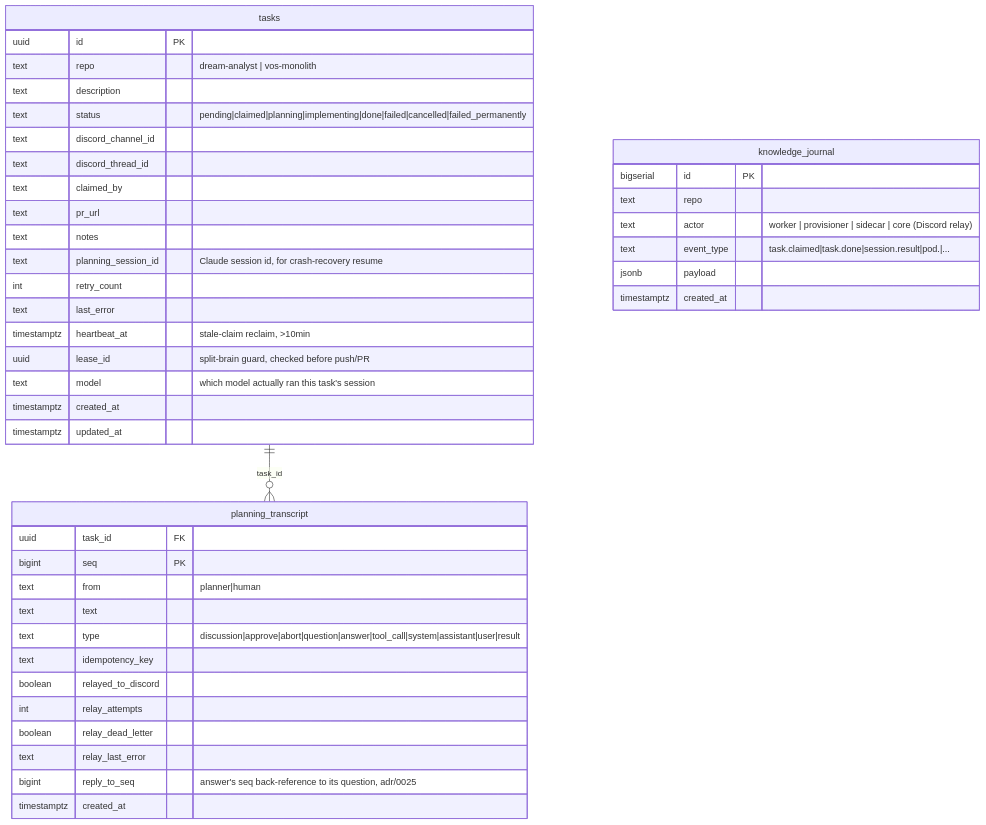
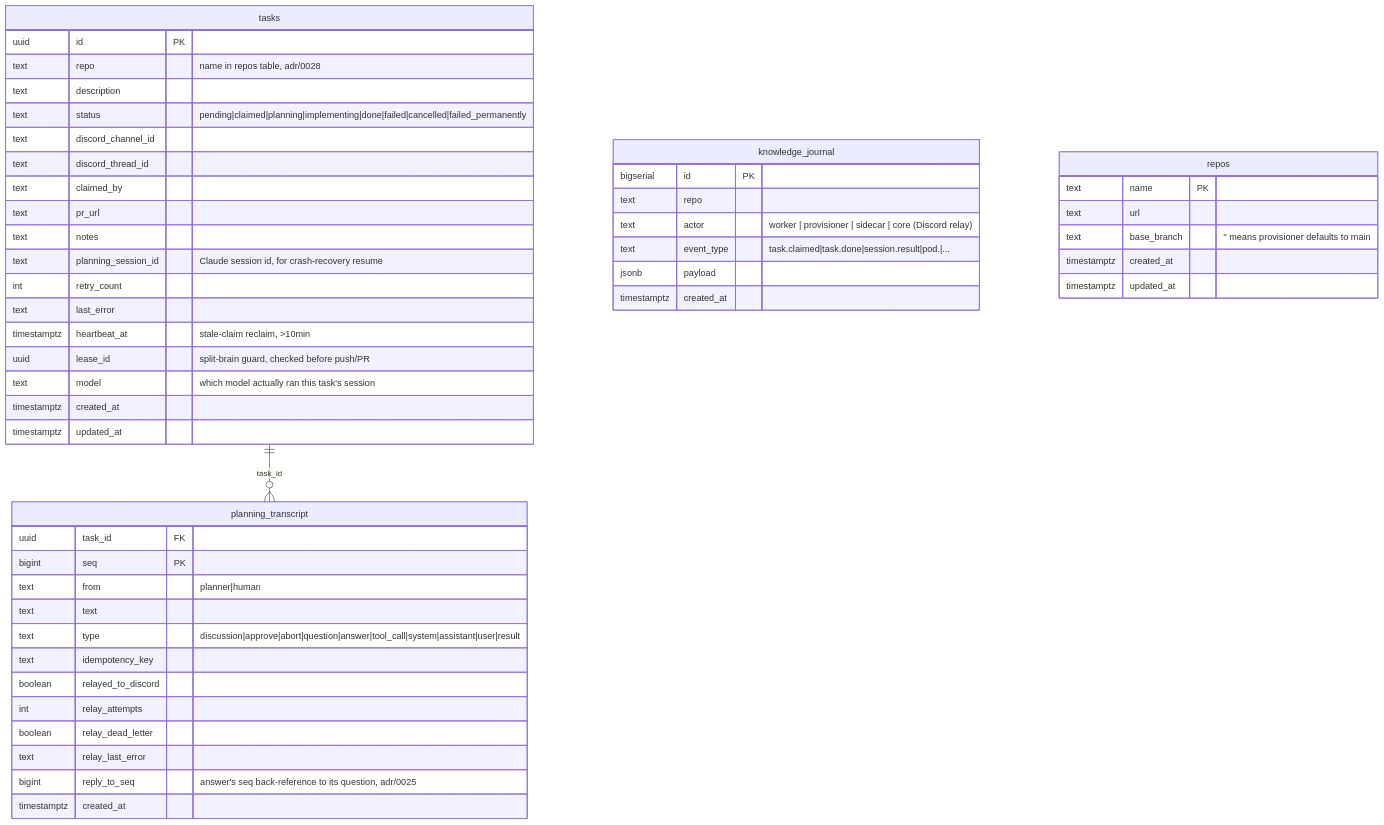
One commit to MohammadBnei/agent-fleet changed the second of 2 diagrams in docs/ARCHITECTURE.md. Above: the diagram before and after it, drawn with Mermaid. The commit also changed other lines of this file and 28 other files, not shown here.

````diff
--- a/docs/ARCHITECTURE.md
+++ b/docs/ARCHITECTURE.md
@@ -361,45 +361,52 @@
 ```mermaid
 erDiagram
     tasks {
         uuid id PK
-        text repo "dream-analyst | vos-monolith"
+        text repo "name in repos table, adr/0028"
         text description
         text status "pending|claimed|planning|implementing|done|failed|cancelled|failed_permanently"
         text discord_channel_id
         text discord_thread_id
         text claimed_by
         text pr_url
         text notes
         text planning_session_id "Claude session id, for crash-recovery resume"
         int retry_count
         text last_error
         timestamptz heartbeat_at "stale-claim reclaim, >10min"
         uuid lease_id "split-brain guard, checked before push/PR"
         text model "which model actually ran this task's session"
         timestamptz created_at
         timestamptz updated_at
     }
     knowledge_journal {
         bigserial id PK
         text repo
         text actor "worker | provisioner | sidecar | core (Discord relay)"
         text event_type "task.claimed|task.done|session.result|pod.<phase>|..."
         jsonb payload
         timestamptz created_at
     }
     planning_transcript {
         uuid task_id FK
         bigint seq PK
         text from "planner|human"
         text text
         text type "discussion|approve|abort|question|answer|tool_call|system|assistant|user|result"
         text idempotency_key
         boolean relayed_to_discord
         int relay_attempts
         boolean relay_dead_letter
         text relay_last_error
         bigint reply_to_seq "answer's seq back-reference to its question, adr/0025"
         timestamptz created_at
     }
     tasks ||--o{ planning_transcript : "task_id"
+    repos {
+        text name PK
+        text url
+        text base_branch "'' means provisioner defaults to main"
+        timestamptz created_at
+        timestamptz updated_at
+    }
 ```
````
